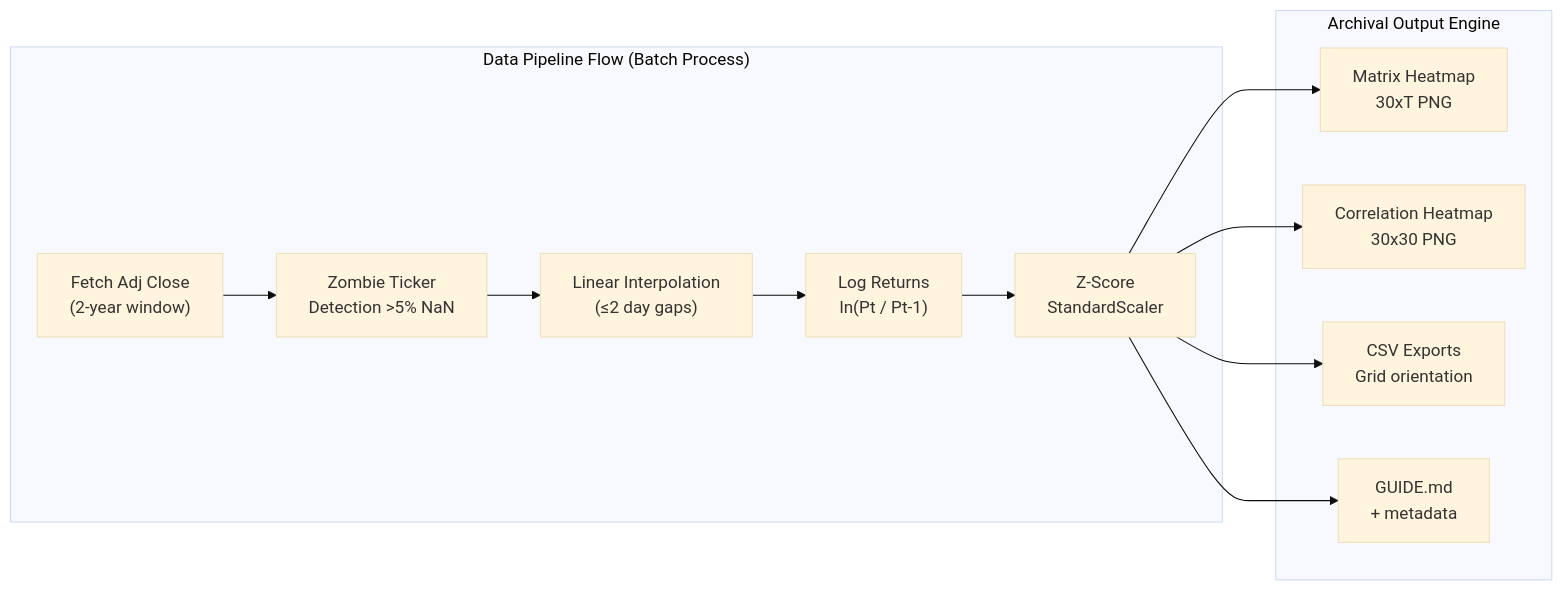
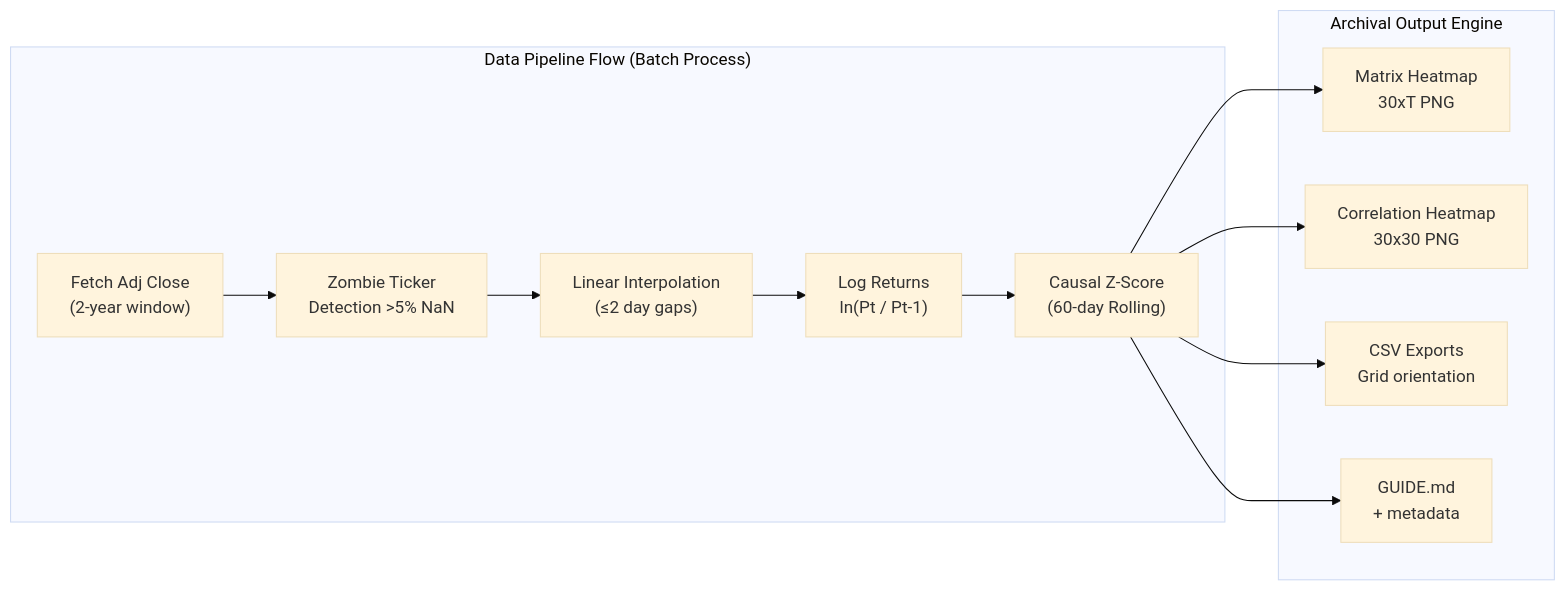
The first of 2 diagrams in README.md (sunsetnightshade/stat_cli), drawn with Mermaid (base theme) before and after one commit. The commit also changed other lines of this file, not shown here.

Commit message:
docs: Update README to reflect causal Z-score and robust PCA PCA changes

````diff
--- a/README.md
+++ b/README.md
@@ -109,20 +110,20 @@
 ```mermaid
 flowchart LR
     subgraph "Data Pipeline Flow (Batch Process)"
         FETCH["Fetch Adj Close<br/>(2-year window)"]
         CLEAN["Zombie Ticker<br/>Detection >5% NaN"]
         INTERP["Linear Interpolation<br/>(≤2 day gaps)"]
         LOG["Log Returns<br/>ln(Pt / Pt-1)"]
-        ZSCORE["Z-Score<br/>StandardScaler"]
+        ZSCORE["Causal Z-Score<br/>(60-day Rolling)"]
     end
 
     subgraph "Archival Output Engine"
         HEAT["Matrix Heatmap<br/>30xT PNG"]
         CORR["Correlation Heatmap<br/>30x30 PNG"]
         CSV["CSV Exports<br/>Grid orientation"]
         GUIDE["GUIDE.md<br/>+ metadata"]
     end
 
     FETCH --> CLEAN --> INTERP --> LOG --> ZSCORE
     ZSCORE --> HEAT & CORR & CSV & GUIDE
 ```
````
